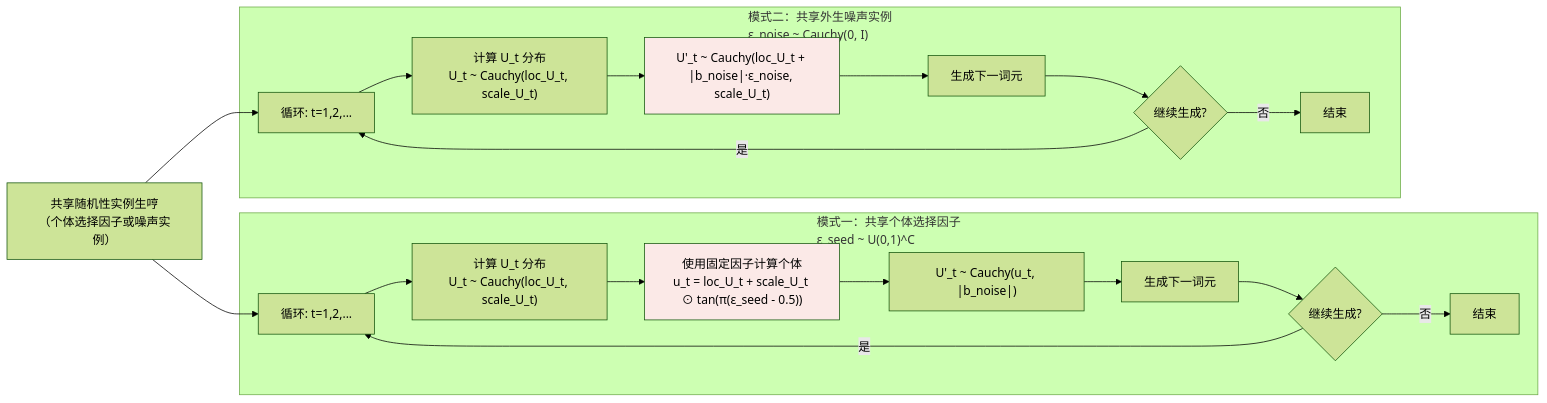
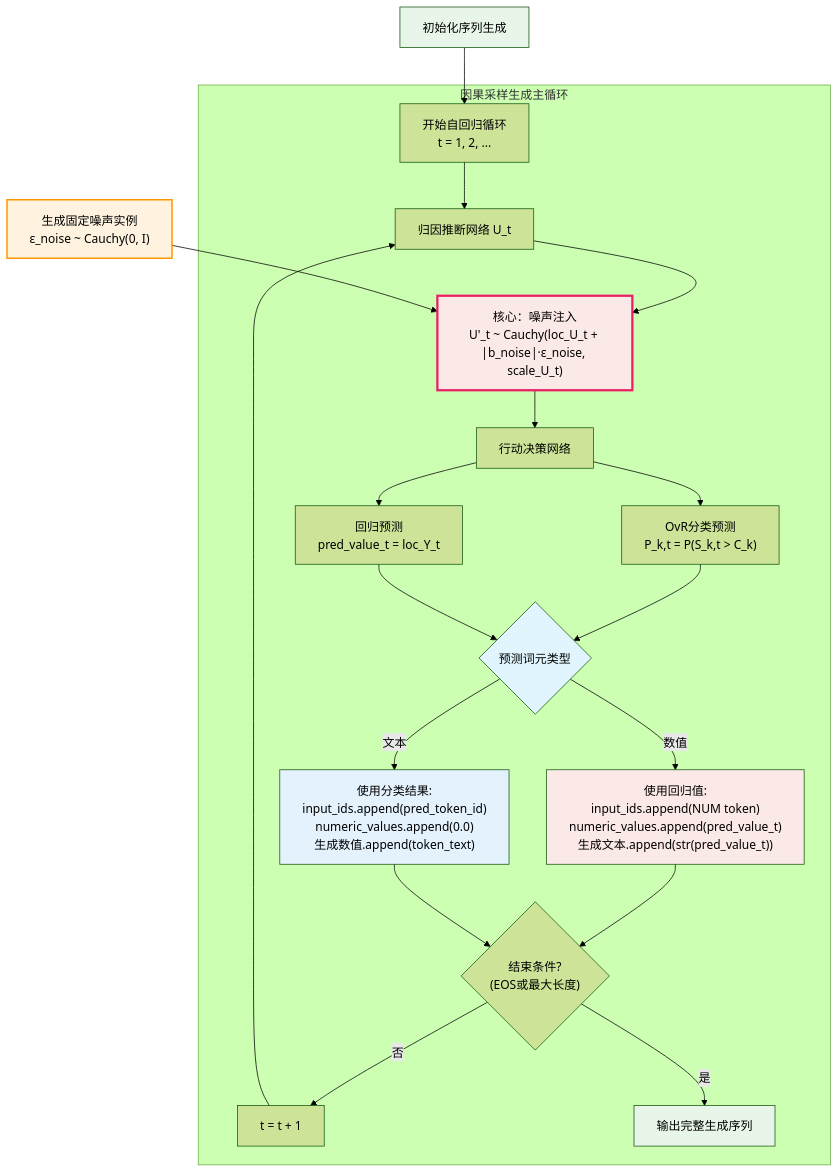
One commit to 1587causalai/CausalQwen changed the sixth of 9 diagrams in docs/core_mathematical_framework_num_extended.md. Above: the diagram before and after it, drawn with Mermaid (forest theme). The commit also changed other lines of this file, not shown here.

````diff
--- a/docs/core_mathematical_framework_num_extended.md
+++ b/docs/core_mathematical_framework_num_extended.md
@@ -558,31 +558,40 @@
 ```mermaid
-graph LR
-    start_point["共享随机性实例生哼<br>（个体选择因子或噪声实例）"]
-
-    start_point --> C1
-    start_point --> C2
-
-    subgraph "模式一：共享个体选择因子<br>ε_seed ~ U(0,1)^C"
-        C1["循环: t=1,2,..."]
-        C1 --> D1["计算 U_t 分布<br>U_t ~ Cauchy(loc_U_t, scale_U_t)"]
-        D1 --> E1["使用固定因子计算个体<br>u_t = loc_U_t + scale_U_t ⊙ tan(π(ε_seed - 0.5))"]
-        E1 --> F1["U'_t ~ Cauchy(u_t, |b_noise|)"]
-        F1 --> G1["生成下一词元"]
-        G1 --> H1{继续生成?}
-        H1 -->|是| C1
-        H1 -->|否| I1["结束"]
+graph TB
+    Start["初始化序列生成"] --> Loop["开始自回归循环<br>t = 1, 2, ..."]
+    InitNoise["生成固定噪声实例<br>ε_noise ~ Cauchy(0, I)"]
+    
+    subgraph "因果采样生成主循环"
+        Loop --> Forward["归因推断网络 U_t"]
+        
+        Forward --> NoiseInject["核心：噪声注入<br>U'_t ~ Cauchy(loc_U_t + |b_noise|·ε_noise, scale_U_t)"]
+        
+        NoiseInject --> Action["行动决策网络"]
+        
+        Action --> Classify["OvR分类预测<br>P_k,t = P(S_k,t > C_k)"]
+        Action --> Regress["回归预测<br>pred_value_t = loc_Y_t"]
+        
+        Classify --> Decision{预测词元类型}
+        Regress --> Decision
+        
+        Decision -->|数值| NumUpdate["使用回归值:<br>input_ids.append(NUM token)<br>numeric_values.append(pred_value_t)<br>生成文本.append(str(pred_value_t))"]
+        Decision -->|文本| TextUpdate["使用分类结果:<br>input_ids.append(pred_token_id)<br>numeric_values.append(0.0)<br>生成数值.append(token_text)"]
+        
+        NumUpdate --> Check{"结束条件?<br>(EOS或最大长度)"}
+        TextUpdate --> Check
+        
+        Check -->|否| Next["t = t + 1"]
+        Check -->|是| End["输出完整生成序列"]
+        
+        Next --> Forward
     end
     
-    subgraph "模式二：共享外生噪声实例<br>ε_noise ~ Cauchy(0, I)"
-        C2["循环: t=1,2,..."]
-        C2 --> D2["计算 U_t 分布<br>U_t ~ Cauchy(loc_U_t, scale_U_t)"]
-        D2 --> E2["U'_t ~ Cauchy(loc_U_t + |b_noise|·ε_noise, scale_U_t)"]
-        E2 --> F2["生成下一词元"]
-        F2 --> H2{继续生成?}
-        H2 -->|是| C2
-        H2 -->|否| I2["结束"]
-    end
-    
-    style E1 fill:#fbe9e7
-    style E2 fill:#fbe9e7
+    InitNoise --> NoiseInject
+
+    style Start fill:#e8f5e9
+    style InitNoise fill:#fff3e0,stroke:#ff9800,stroke-width:2px
+    style NoiseInject fill:#fbe9e7,stroke:#e91e63,stroke-width:3px
+    style Decision fill:#e1f5fe
+    style NumUpdate fill:#fbe9e7
+    style TextUpdate fill:#e3f2fd
+    style End fill:#e8f5e9
 ```
````
